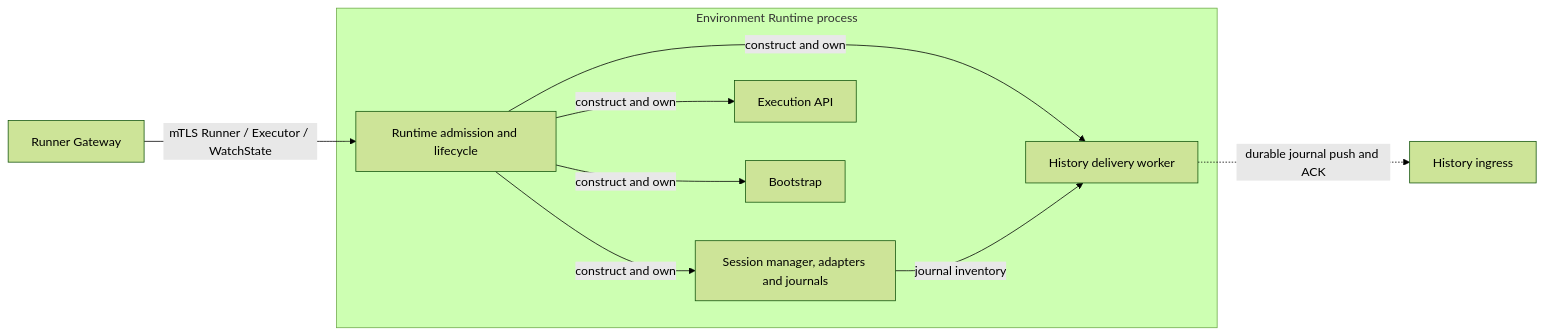
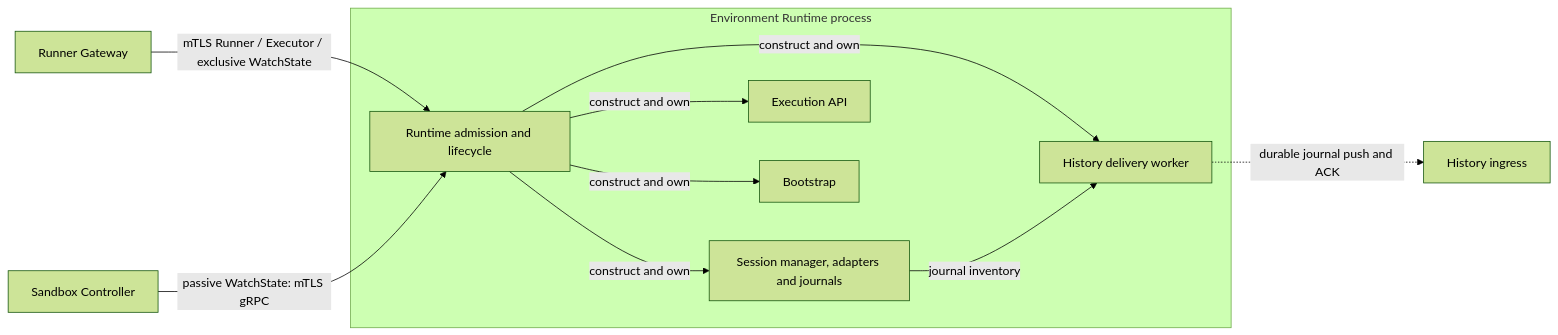
The fourth of 9 diagrams in agentplane/docs/system_overview.md (agentydragon/ducktape), drawn with Mermaid (forest theme) before and after one commit. The commit also changed other lines of this file and 42 other files, not shown here.

Commit message:
agentplane: observe Runtime facts directly from Sandbox Controller

````diff
--- a/agentplane/docs/system_overview.md
+++ b/agentplane/docs/system_overview.md
@@ -372,16 +376,17 @@
 ```mermaid
 flowchart LR
     gateway[Runner Gateway]
     subgraph environment_runtime[Environment Runtime process]
       runtime[Runtime admission and lifecycle]
       sessions[Session manager, adapters and journals]
       execution[Execution API]
       bootstrap[Bootstrap]
       delivery[History delivery worker]
       runtime -->|construct and own| sessions & execution & bootstrap & delivery
       sessions -->|journal inventory| delivery
     end
     history[History ingress]
-    gateway -->|mTLS Runner / Executor / WatchState| runtime
+    gateway -->|mTLS Runner / Executor / exclusive WatchState| runtime
+    sandboxctl[Sandbox Controller] -->|passive WatchState: mTLS gRPC| runtime
     delivery -.->|durable journal push and ACK| history
 ```
````
